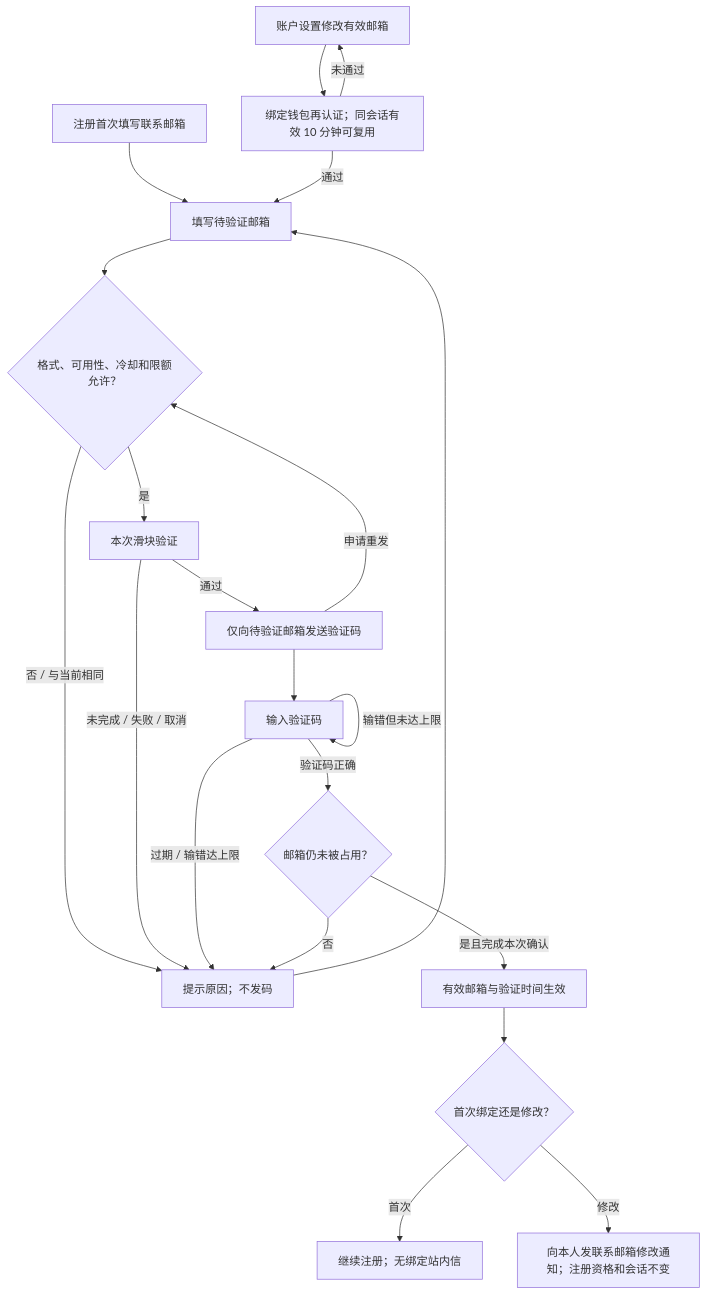
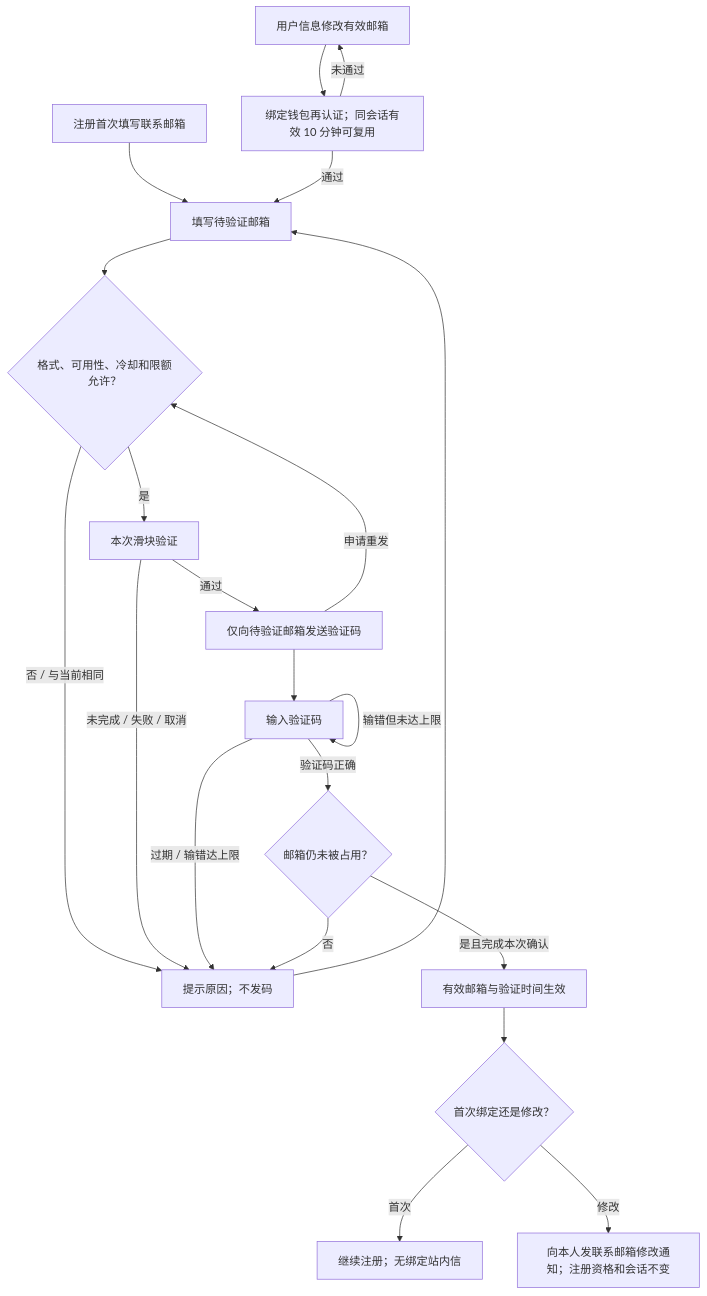
Before and after one commit to wxblockchain/Chain-Financing: the fourth of 9 diagrams in lending-platform/PRD/v2.0-登录与账户体系/02-资金方登录与账户体系-流程图与状态机.md, drawn with Mermaid. The commit also changed 7 other files, not shown here.

````diff
--- a/lending-platform/PRD/v2.0-登录与账户体系/02-资金方登录与账户体系-流程图与状态机.md
+++ b/lending-platform/PRD/v2.0-登录与账户体系/02-资金方登录与账户体系-流程图与状态机.md
@@ -102,23 +102,23 @@
 ```mermaid
 flowchart TD
     A[注册首次填写联系邮箱] --> C[填写待验证邮箱]
-    B[账户设置修改有效邮箱] --> R[绑定钱包再认证；同会话有效 10 分钟可复用]
+    B[用户信息修改有效邮箱] --> R[绑定钱包再认证；同会话有效 10 分钟可复用]
     R -->|未通过| B
     R -->|通过| C
     C --> D{格式、可用性、冷却和限额允许？}
     D -->|否 / 与当前相同| E[提示原因；不发码]
     E --> C
     D -->|是| F[本次滑块验证]
     F -->|未完成 / 失败 / 取消| E
     F -->|通过| G[仅向待验证邮箱发送验证码]
     G -->|申请重发| D
     G --> H[输入验证码]
     H -->|过期 / 输错达上限| E
     H -->|输错但未达上限| H
     H -->|验证码正确| I{邮箱仍未被占用？}
     I -->|否| E
     I -->|是且完成本次确认| J[有效邮箱与验证时间生效]
     J --> K{首次绑定还是修改？}
     K -->|首次| L[继续注册；无绑定站内信]
     K -->|修改| M[向本人发联系邮箱修改通知；注册资格和会话不变]
 ```
````
